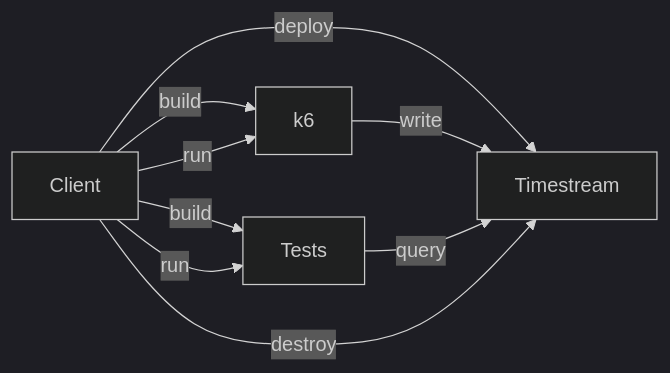
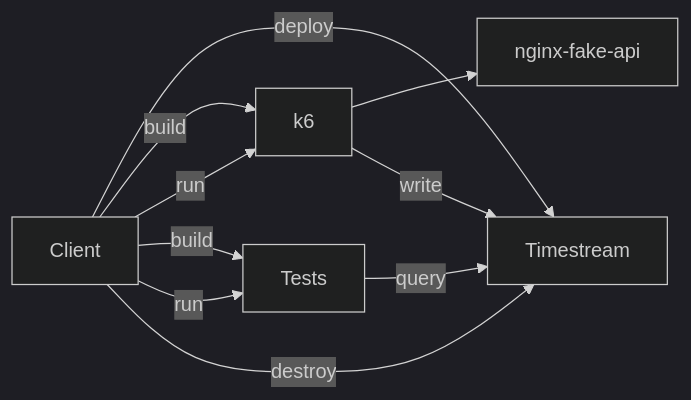
One commit to leonyork/xk6-output-timestream changed the second of 2 diagrams in README.md. Above: the diagram before and after it, drawn with Mermaid (dark theme). The commit also changed 6 other files, not shown here.

Commit message:
ci: test against fake api

````diff
--- a/README.md
+++ b/README.md
@@ -94,11 +94,12 @@
 ```mermaid
   graph LR;
     Client--deploy-->Timestream;
     Client--build-->k6;
     Client--run-->k6;
+    k6-->nginx-fake-api
     k6--write-->Timestream;
     Client--build-->Tests;
     Client--run-->Tests;
     Tests--query-->Timestream;
     Client--destroy-->Timestream;
 ```
````
